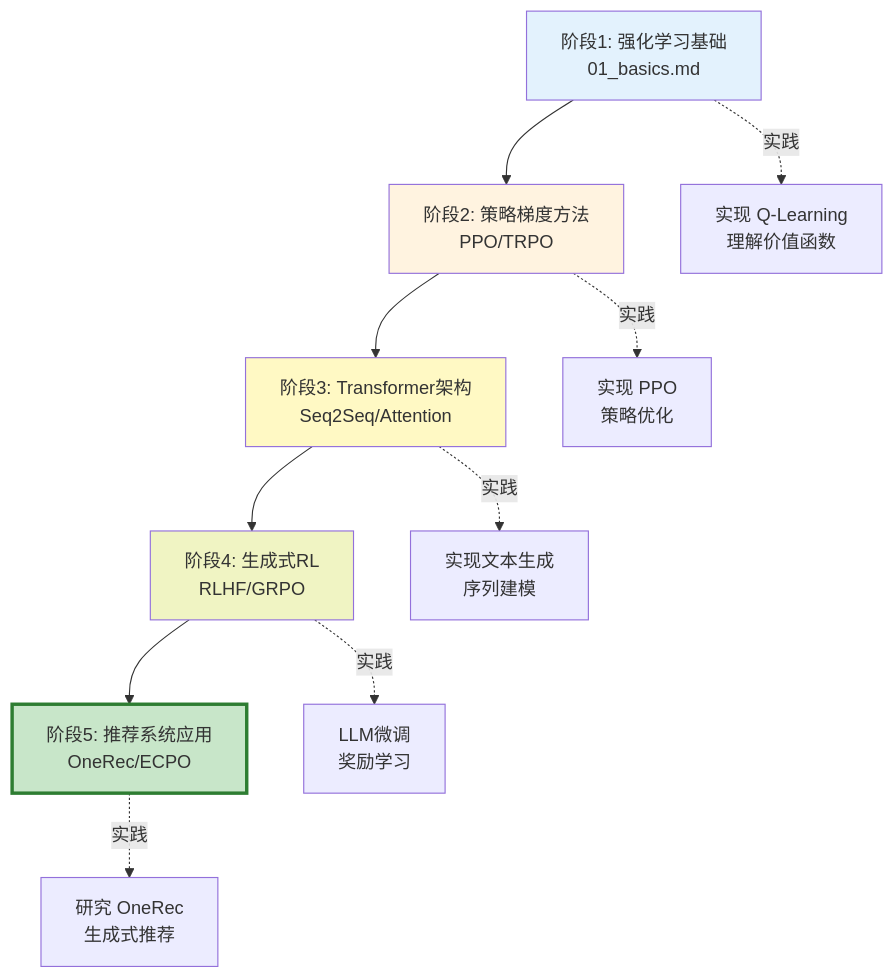
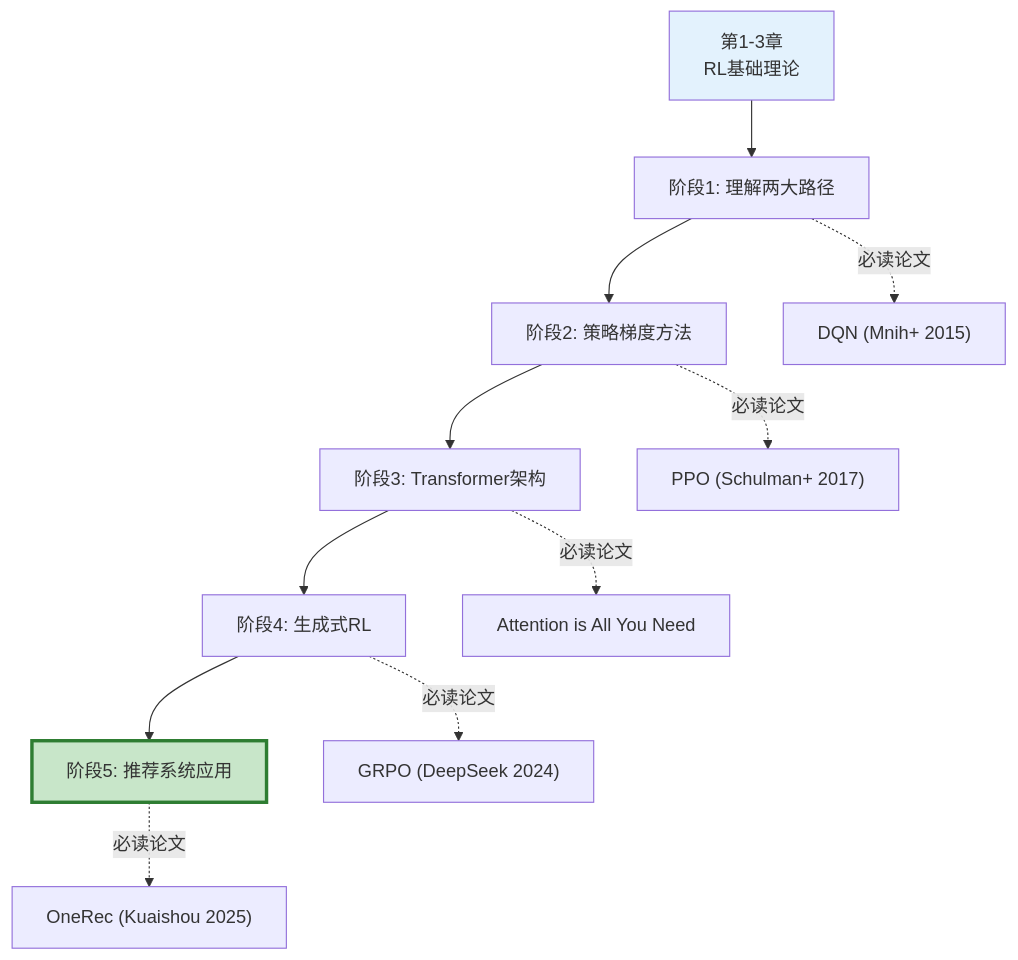
One commit to konyellin-cyber/RL changed the seventh of 10 diagrams in theory/foundations/04_rl_evolution_to_onerec.md. Above: the diagram before and after it, drawn with Mermaid. The commit also changed other lines of this file and 3 other files, not shown here.

````diff
--- a/theory/foundations/04_rl_evolution_to_onerec.md
+++ b/theory/foundations/04_rl_evolution_to_onerec.md
@@ -326,19 +1363,17 @@
 ```mermaid
 graph TD
-    L1["阶段1: 强化学习基础<br/>01_basics.md"] --> L2["阶段2: 策略梯度方法<br/>PPO/TRPO"]
-    L2 --> L3["阶段3: Transformer架构<br/>Seq2Seq/Attention"]
-    L3 --> L4["阶段4: 生成式RL<br/>RLHF/GRPO"]
-    L4 --> L5["阶段5: 推荐系统应用<br/>OneRec/ECPO"]
+    L1["第1-3章<br/>RL基础理论"] --> L2["阶段1: 理解两大路径"]
+    L2 --> L3["阶段2: 策略梯度方法"]
+    L3 --> L4["阶段3: Transformer架构"]
+    L4 --> L5["阶段4: 生成式RL"]
+    L5 --> L6["阶段5: 推荐系统应用"]
     
-    L1 -.实践.-> P1["实现 Q-Learning<br/>理解价值函数"]
-    L2 -.实践.-> P2["实现 PPO<br/>策略优化"]
-    L3 -.实践.-> P3["实现文本生成<br/>序列建模"]
-    L4 -.实践.-> P4["LLM微调<br/>奖励学习"]
-    L5 -.实践.-> P5["研究 OneRec<br/>生成式推荐"]
+    L2 -.必读论文.-> P1["DQN (Mnih+ 2015)"]
+    L3 -.必读论文.-> P2["PPO (Schulman+ 2017)"]
+    L4 -.必读论文.-> P3["Attention is All You Need"]
+    L5 -.必读论文.-> P4["GRPO (DeepSeek 2024)"]
+    L6 -.必读论文.-> P5["OneRec (Kuaishou 2025)"]
     
     style L1 fill:#e3f2fd
-    style L2 fill:#fff3e0
-    style L3 fill:#fff9c4
-    style L4 fill:#f0f4c3
-    style L5 fill:#c8e6c9,stroke:#2e7d32,stroke-width:3px
+    style L6 fill:#c8e6c9,stroke:#2e7d32,stroke-width:3px
 ```
````
